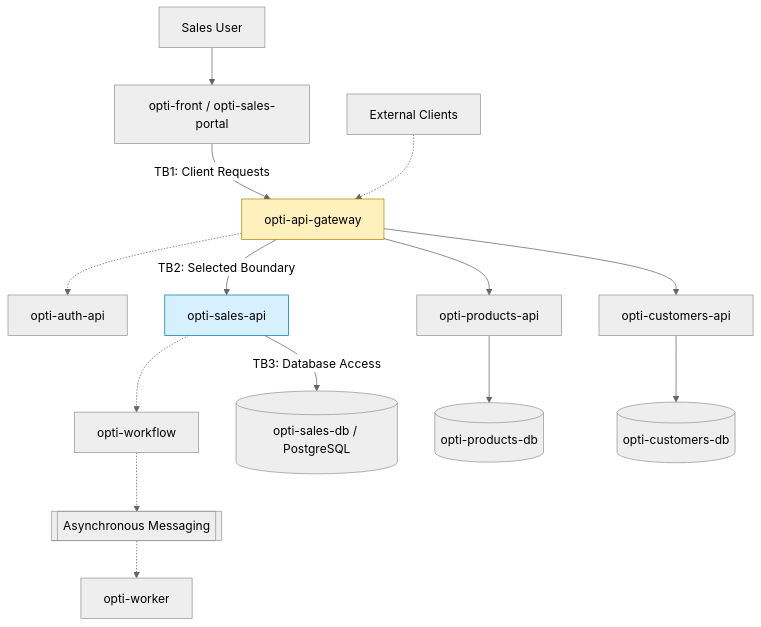
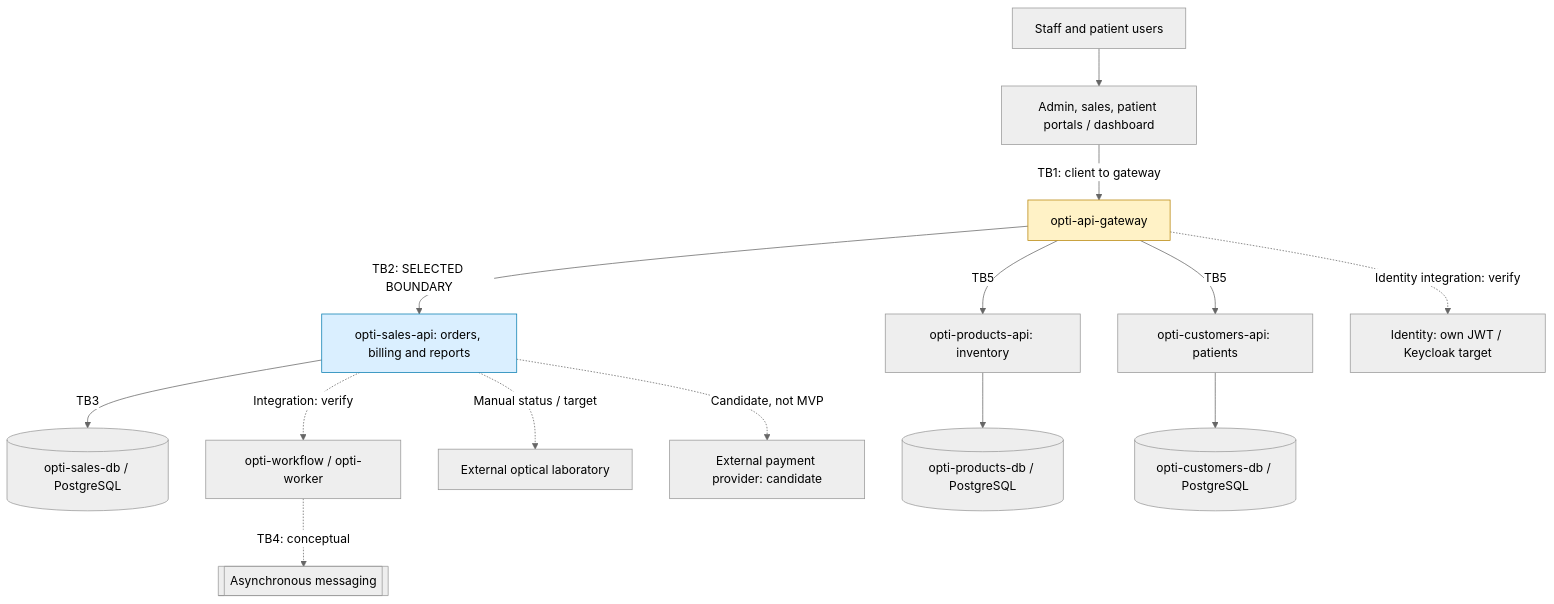
One commit to julianvargasb/sistemas-distribuidos-2026-b-g1 changed the diagram in 13-week/workshop/01-attack-surface.md. Above: the diagram before and after it, drawn with Mermaid (neutral theme). The commit also changed other lines of this file, not shown here.

Commit message:
docs(w13): refine OptiView attack surface and trust boundaries

````diff
--- a/13-week/workshop/01-attack-surface.md
+++ b/13-week/workshop/01-attack-surface.md
@@ -14,34 +31,34 @@
 ```mermaid
 flowchart TB
-    U[Sales User]
-    FE[opti-front / opti-sales-portal]
-    GW[opti-api-gateway]
-    AUTH[opti-auth-api]
-    SALES[opti-sales-api]
-    PRODUCTS[opti-products-api]
-    CUSTOMERS[opti-customers-api]
-    WORKFLOW[opti-workflow]
-    WORKER[opti-worker]
-    DB[(opti-sales-db / PostgreSQL)]
-    PDB[(opti-products-db)]
-    CDB[(opti-customers-db)]
-    MQ[[Asynchronous Messaging]]
-    EXT[External Clients]
+    USERS["Staff and patient users"]
+    CLIENTS["Admin, sales, patient portals / dashboard"]
+    GW["opti-api-gateway"]
+    SALES["opti-sales-api: orders, billing and reports"]
+    PRODUCTS["opti-products-api: inventory"]
+    CUSTOMERS["opti-customers-api: patients"]
+    AUTH["Identity: own JWT / Keycloak target"]
+    SDB[("opti-sales-db / PostgreSQL")]
+    PDB[("opti-products-db / PostgreSQL")]
+    CDB[("opti-customers-db / PostgreSQL")]
+    WORKFLOW["opti-workflow / opti-worker"]
+    MQ[["Asynchronous messaging"]]
+    LAB["External optical laboratory"]
+    PAYMENT["External payment provider: candidate"]
 
-    U --> FE
-    FE -->|TB1: Client Requests| GW
-    GW -->|TB2: Selected Boundary| SALES
-    GW --> PRODUCTS
-    GW --> CUSTOMERS
-    GW -.-> AUTH
-    SALES -->|TB3: Database Access| DB
+    USERS --> CLIENTS
+    CLIENTS -->|"TB1: client to gateway"| GW
+    GW -->|"TB2: SELECTED BOUNDARY"| SALES
+    GW -->|"TB5"| PRODUCTS
+    GW -->|"TB5"| CUSTOMERS
+    SALES -->|"TB3"| SDB
     PRODUCTS --> PDB
     CUSTOMERS --> CDB
-    SALES -.-> WORKFLOW
-    WORKFLOW -.-> MQ
-    MQ -.-> WORKER
-    EXT -.-> GW
+    GW -.->|"Identity integration: verify"| AUTH
+    SALES -.->|"Integration: verify"| WORKFLOW
+    WORKFLOW -.->|"TB4: conceptual"| MQ
+    SALES -.->|"Manual status / target"| LAB
+    SALES -.->|"Candidate, not MVP"| PAYMENT
 
-    style GW fill:#fff1bd,stroke:#b8860b
-    style SALES fill:#d7f0ff,stroke:#087eb1
+    style GW fill:#fff2c6,stroke:#b8860b
+    style SALES fill:#daefff,stroke:#087eb1
 ```
````
